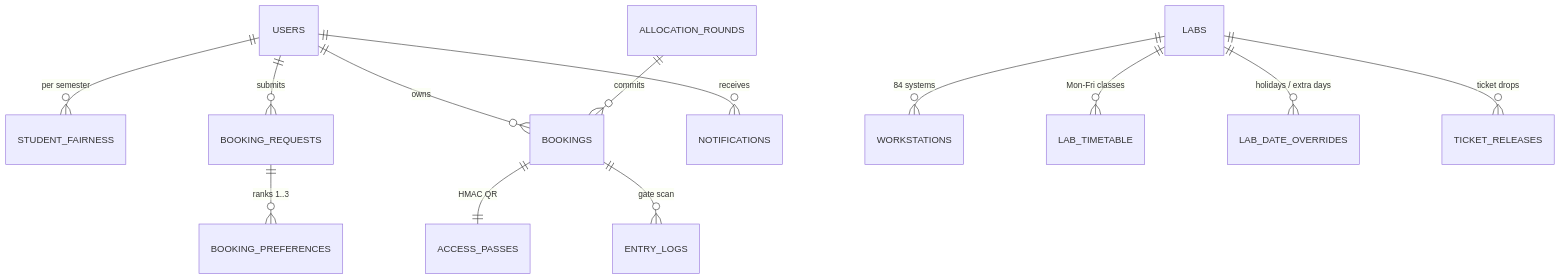
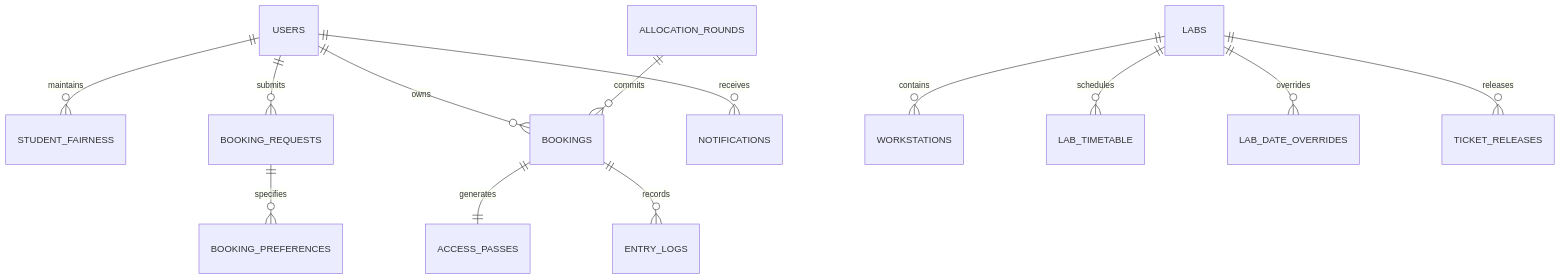
The third of 3 diagrams in README.md (gnshx/FAIR-LAB), drawn with Mermaid before and after one commit. The commit also changed other lines of this file, not shown here.

Commit message:
docs(readme): fix mermaid flowchart, sequence diagram, and er diagram for flawless rich rendering

````diff
--- a/README.md
+++ b/README.md
@@ -295,15 +327,15 @@
 ```mermaid
 erDiagram
-    USERS ||--o{ STUDENT_FAIRNESS : "per semester"
+    USERS ||--o{ STUDENT_FAIRNESS : maintains
     USERS ||--o{ BOOKING_REQUESTS : submits
     USERS ||--o{ BOOKINGS : owns
     USERS ||--o{ NOTIFICATIONS : receives
-    LABS ||--o{ WORKSTATIONS : "84 systems"
-    LABS ||--o{ LAB_TIMETABLE : "Mon-Fri classes"
-    LABS ||--o{ LAB_DATE_OVERRIDES : "holidays / extra days"
-    LABS ||--o{ TICKET_RELEASES : "ticket drops"
-    BOOKING_REQUESTS ||--o{ BOOKING_PREFERENCES : "ranks 1..3"
-    BOOKINGS ||--|| ACCESS_PASSES : "HMAC QR"
-    BOOKINGS ||--o{ ENTRY_LOGS : "gate scan"
+    LABS ||--o{ WORKSTATIONS : contains
+    LABS ||--o{ LAB_TIMETABLE : schedules
+    LABS ||--o{ LAB_DATE_OVERRIDES : overrides
+    LABS ||--o{ TICKET_RELEASES : releases
+    BOOKING_REQUESTS ||--o{ BOOKING_PREFERENCES : specifies
+    BOOKINGS ||--|| ACCESS_PASSES : generates
+    BOOKINGS ||--o{ ENTRY_LOGS : records
     ALLOCATION_ROUNDS ||--o{ BOOKINGS : commits
 ```
````
